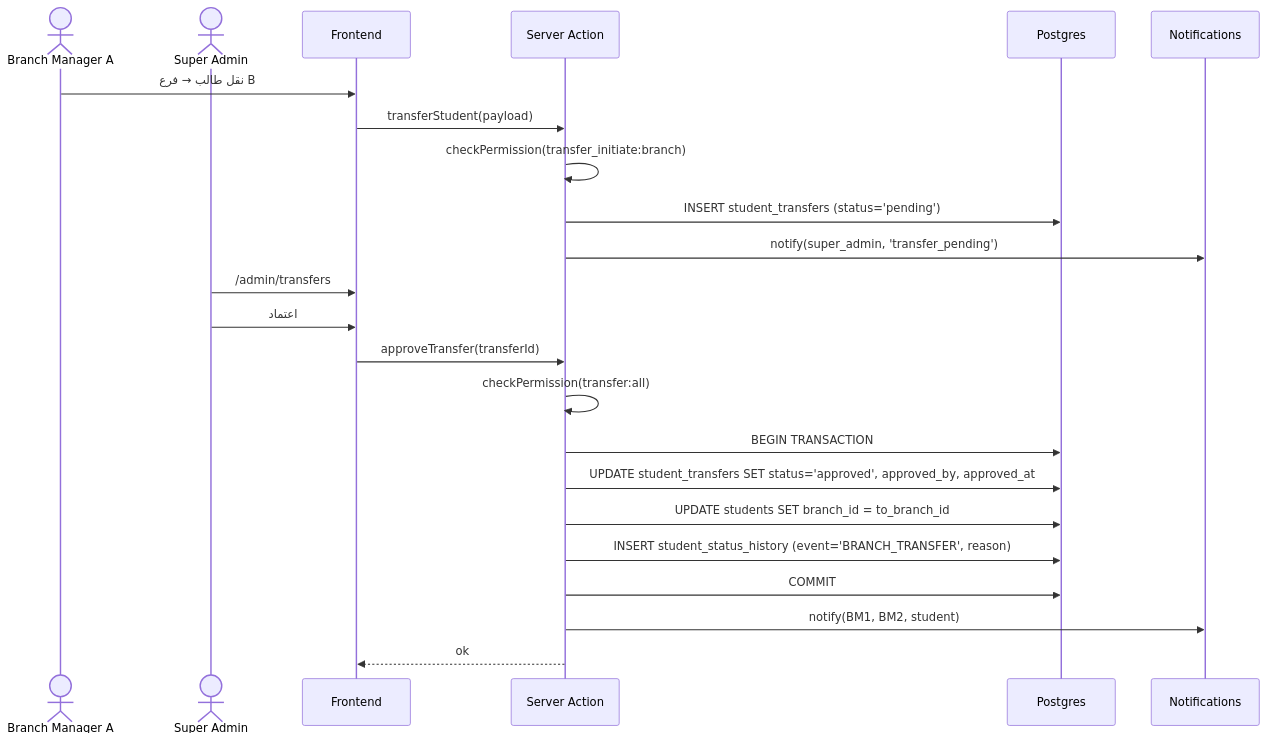
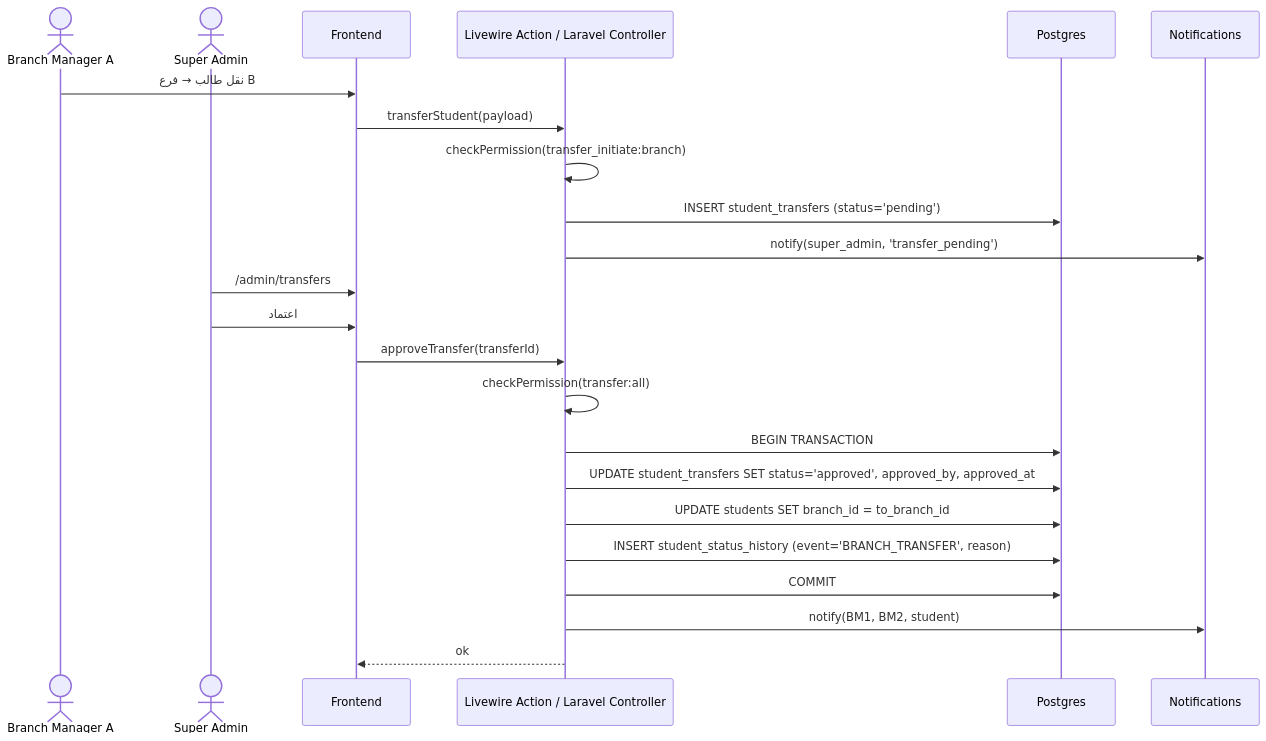
Before and after one commit to alharbib902-del/technical-handover: the fourth of 6 diagrams in 03-المراحل-التنفيذية/03-الطلاب-والفروع/خطة-المرحلة.md, drawn with Mermaid. The commit also changed other lines of this file and 22 other files, not shown here.

````diff
--- a/03-المراحل-التنفيذية/03-الطلاب-والفروع/خطة-المرحلة.md
+++ b/03-المراحل-التنفيذية/03-الطلاب-والفروع/خطة-المرحلة.md
@@ -1444,27 +1444,27 @@
 ```mermaid
 sequenceDiagram
     actor BM1 as Branch Manager A
     actor SA_USER as Super Admin
     participant UI as Frontend
-    participant API as Server Action
+    participant API as Livewire Action / Laravel Controller
     participant DB as Postgres
     participant N as Notifications
 
     BM1->>UI: نقل طالب → فرع B
     UI->>API: transferStudent(payload)
     API->>API: checkPermission(transfer_initiate:branch)
     API->>DB: INSERT student_transfers (status='pending')
     API->>N: notify(super_admin, 'transfer_pending')
 
     SA_USER->>UI: /admin/transfers
     SA_USER->>UI: اعتماد
     UI->>API: approveTransfer(transferId)
     API->>API: checkPermission(transfer:all)
     API->>DB: BEGIN TRANSACTION
     API->>DB: UPDATE student_transfers SET status='approved', approved_by, approved_at
     API->>DB: UPDATE students SET branch_id = to_branch_id
     API->>DB: INSERT student_status_history (event='BRANCH_TRANSFER', reason)
     API->>DB: COMMIT
     API->>N: notify(BM1, BM2, student)
     API-->>UI: ok
 ```
````
